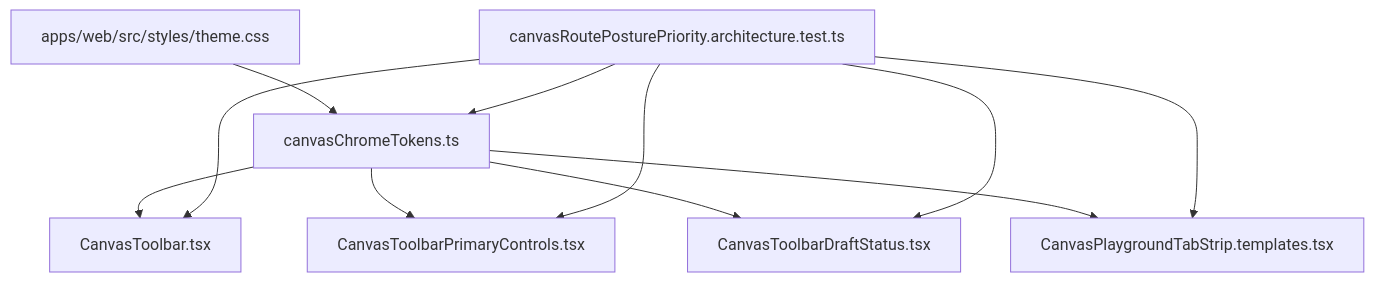
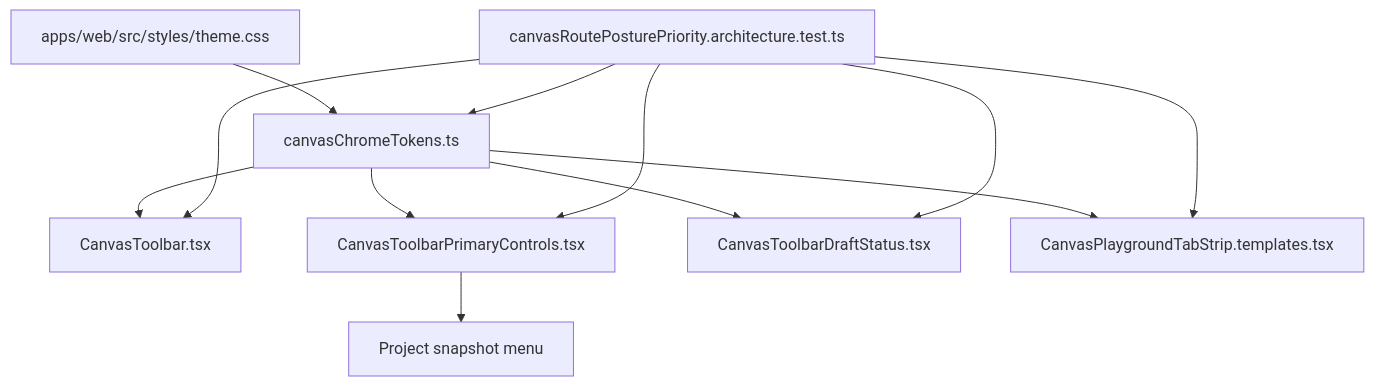
One commit to dunay2/dvt changed the second of 2 diagrams in docs/architecture/components/web/graph/canvas-route-chrome-token-component.md. Above: the diagram before and after it, drawn with Mermaid. The commit also changed other lines of this file and 80 other files, not shown here.

````diff
--- a/docs/architecture/components/web/graph/canvas-route-chrome-token-component.md
+++ b/docs/architecture/components/web/graph/canvas-route-chrome-token-component.md
@@ -65,21 +67,23 @@
 ```mermaid
 flowchart TB
   Theme["apps/web/src/styles/theme.css"]
   Tokens["canvasChromeTokens.ts"]
   Toolbar["CanvasToolbar.tsx"]
   Controls["CanvasToolbarPrimaryControls.tsx"]
+  ProjectMenu["Project snapshot menu"]
   Draft["CanvasToolbarDraftStatus.tsx"]
   Tabs["CanvasPlaygroundTabStrip.templates.tsx"]
   Guard["canvasRoutePosturePriority.architecture.test.ts"]
 
   Theme --> Tokens
   Tokens --> Toolbar
   Tokens --> Controls
+  Controls --> ProjectMenu
   Tokens --> Draft
   Tokens --> Tabs
   Guard --> Tokens
   Guard --> Toolbar
   Guard --> Controls
   Guard --> Draft
   Guard --> Tabs
 ```
````
